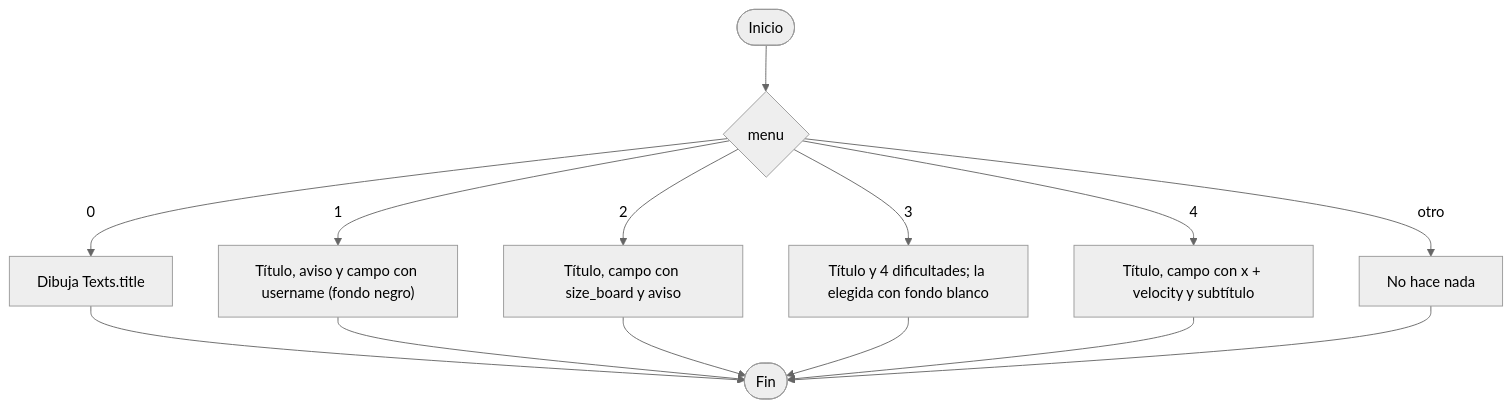
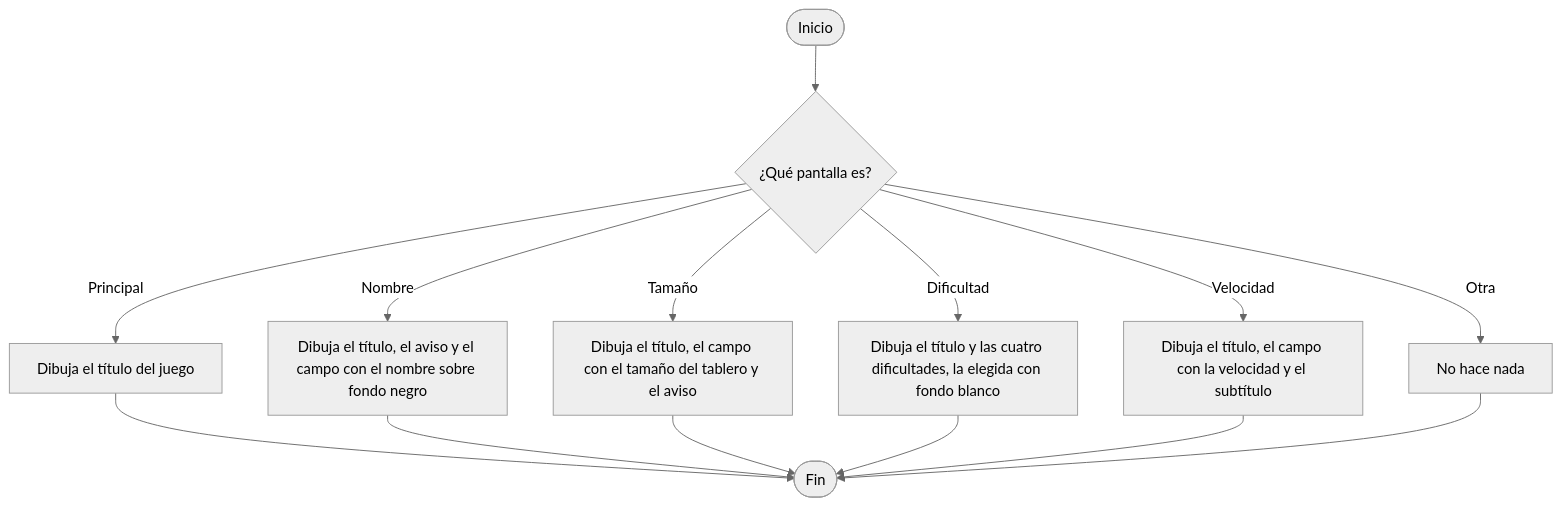
The seventh of 33 diagrams in README.md (8ismel6/1MD-ProyectoFinal), drawn with Mermaid (neutral theme) before and after one commit. The commit also changed other lines of this file and 1 other file, not shown here.

````diff
--- a/README.md
+++ b/README.md
@@ -416,16 +412,16 @@
 ```mermaid
 flowchart TD
-A(["Inicio"]) --> B{"menu"}
-B -- "0" --> C["Dibuja Texts.title"]
-B -- "1" --> D["Título, aviso y campo con username (fondo negro)"]
-B -- "2" --> E["Título, campo con size_board y aviso"]
-B -- "3" --> F["Título y 4 dificultades; la elegida con fondo blanco"]
-B -- "4" --> G["Título, campo con x + velocity y subtítulo"]
-B -- "otro" --> H["No hace nada"]
+A(["Inicio"]) --> B{"¿Qué pantalla es?"}
+B -- "Principal" --> C["Dibuja el título del juego"]
+B -- "Nombre" --> D["Dibuja el título, el aviso y el campo con el nombre sobre fondo negro"]
+B -- "Tamaño" --> E["Dibuja el título, el campo con el tamaño del tablero y el aviso"]
+B -- "Dificultad" --> F["Dibuja el título y las cuatro dificultades, la elegida con fondo blanco"]
+B -- "Velocidad" --> G["Dibuja el título, el campo con la velocidad y el subtítulo"]
+B -- "Otra" --> H["No hace nada"]
 C --> Z(["Fin"])
 D --> Z
 E --> Z
 F --> Z
 G --> Z
 H --> Z
 ```
````
